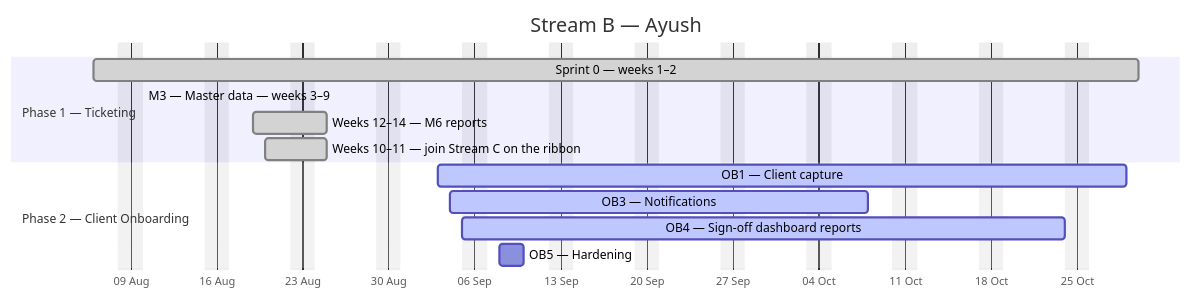
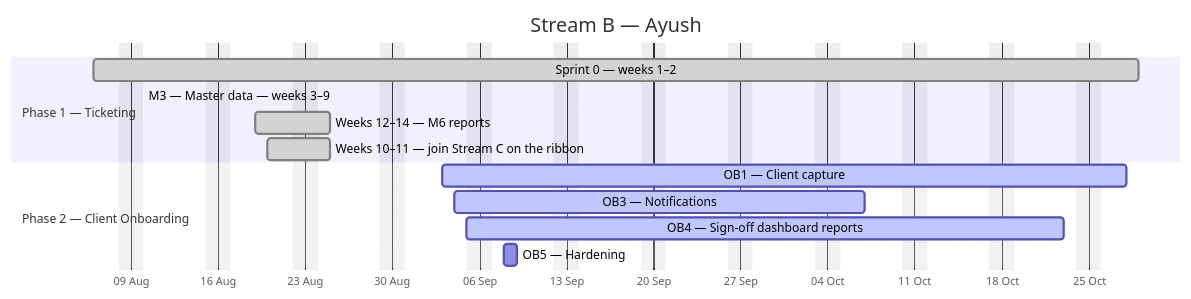
One commit to debashisedunext/EduTrack changed the second of 4 diagrams in docs/plan/GANTT.md. Above: the diagram before and after it, drawn with Mermaid. The commit also changed other lines of this file and 2 other files, not shown here.

````diff
--- a/docs/plan/GANTT.md
+++ b/docs/plan/GANTT.md
@@ -154,17 +153,17 @@
 ```mermaid
 gantt
     dateFormat YYYY-MM-DD
     axisFormat %d %b
     title Stream B — Ayush
     excludes weekends
     section Phase 1 — Ticketing
-    Sprint 0 — weeks 1–2 :done, b0, 2026-08-06, 61d
-    M3 — Master data — weeks 3–9 :done, b1, 2026-08-10, -48d
+    Sprint 0 — weeks 1–2 :done, b0, 2026-08-06, 60d
+    M3 — Master data — weeks 3–9 :done, b1, 2026-08-10, -47d
     Weeks 12–14 — M6 reports :done, b2, 2026-08-19, 4d
     Weeks 10–11 — join Stream C on the ribbon :done, b3, 2026-08-20, 3d
     section Phase 2 — Client Onboarding
-    OB1 — Client capture :active, b4, 2026-09-03, 40d
-    OB3 — Notifications :active, b5, 2026-09-04, 24d
-    OB4 — Sign-off  dashboard  reports :active, b6, 2026-09-05, 36d
-    OB5 — Hardening :b7, 2026-09-08, 2d
+    OB1 — Client capture :active, b4, 2026-09-03, 39d
+    OB3 — Notifications :active, b5, 2026-09-04, 23d
+    OB4 — Sign-off  dashboard  reports :active, b6, 2026-09-05, 35d
+    OB5 — Hardening :b7, 2026-09-08, 1d
 ```
````
